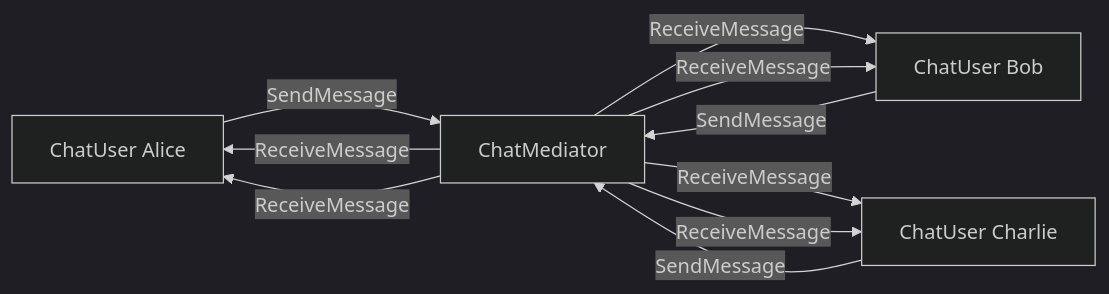
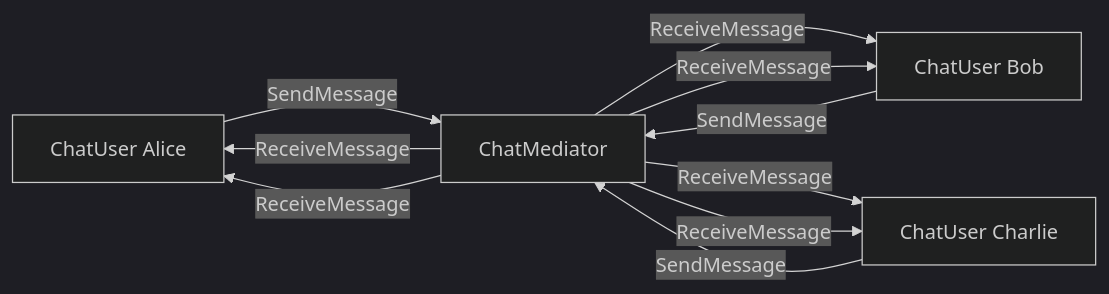
Before and after one commit to mamagarage/mama-design-patterns: the first of 2 diagrams in src/Mediator/README.md, drawn with Mermaid (dark theme).

````diff
--- a/src/Mediator/README.md
+++ b/src/Mediator/README.md
@@ -2,19 +2,20 @@
 ```mermaid
+%%{init: {"flowchart": {"diagramPadding": 150}}}%%
 flowchart LR
     A[ChatUser Alice]
     B[ChatUser Bob]
     C[ChatUser Charlie]
     M[ChatMediator]
 
     A -->|SendMessage| M
     M -->|ReceiveMessage| B
     M -->|ReceiveMessage| C
 
     B -->|SendMessage| M
     M -->|ReceiveMessage| A
     M -->|ReceiveMessage| C
 
     C -->|SendMessage| M
     M -->|ReceiveMessage| A
     M -->|ReceiveMessage| B
 ```
````
